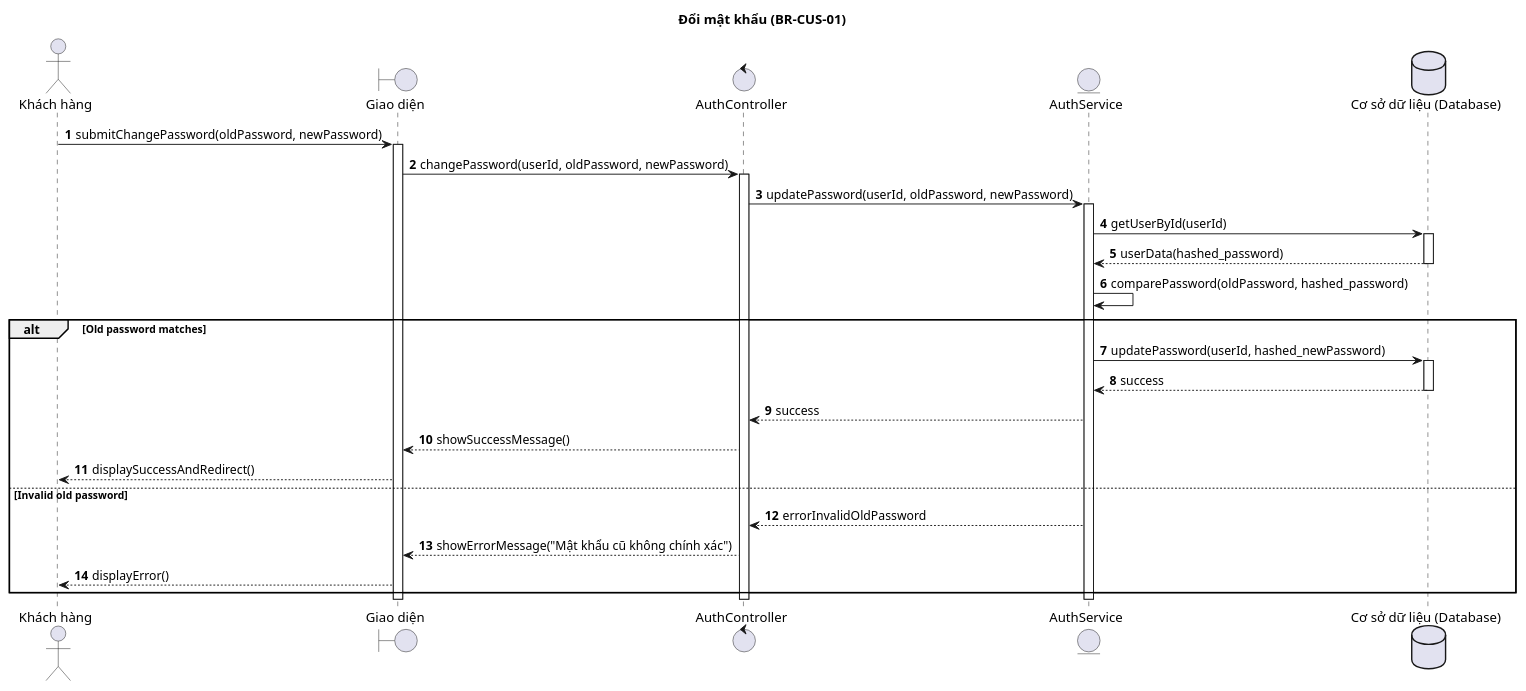
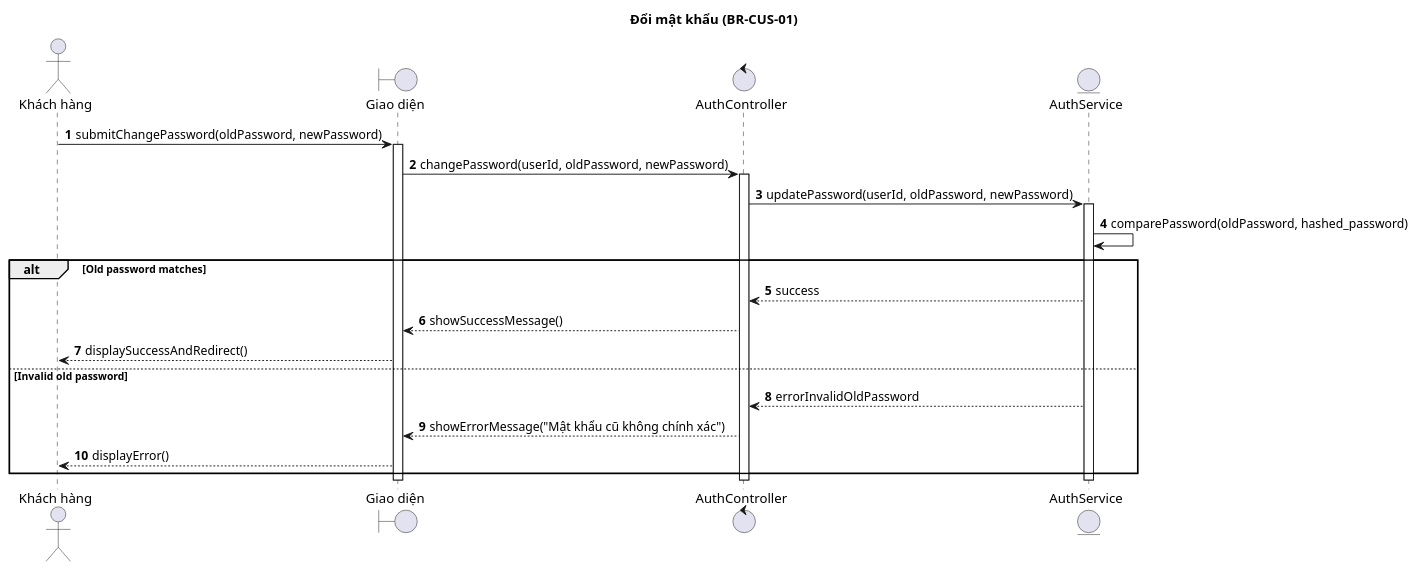
Before and after one commit to Ngo-The-Dat/e-voucher-system: the diagram in doc/sequence/KhachHang/Doi_mat_khau.wsd, drawn with PlantUML. The commit also changed 7 other files, not shown here.

Commit message:
docs: 📖 update customer sequence diagrams to remove internal DB interactions and match current implementation

```diff
--- a/doc/sequence/KhachHang/Doi_mat_khau.wsd
+++ b/doc/sequence/KhachHang/Doi_mat_khau.wsd
@@ -1,41 +1,32 @@
 @startuml
 title Đổi mật khẩu (BR-CUS-01)
 
 autonumber
 actor "Khách hàng" as KH
 boundary "Giao diện" as UI
 control "AuthController" as Controller
 entity "AuthService" as Service
-database "Cơ sở dữ liệu (Database)" as DB
 
 KH -> UI : submitChangePassword(oldPassword, newPassword)
 activate UI
 UI -> Controller : changePassword(userId, oldPassword, newPassword)
 activate Controller
 Controller -> Service : updatePassword(userId, oldPassword, newPassword)
 activate Service
 
-Service -> DB : getUserById(userId)
-activate DB
-DB --> Service : userData(hashed_password)
-deactivate DB
 
 Service -> Service : comparePassword(oldPassword, hashed_password)
 alt Old password matches
-    Service -> DB : updatePassword(userId, hashed_newPassword)
-    activate DB
-    DB --> Service : success
-    deactivate DB
     Service --> Controller : success
     Controller --> UI : showSuccessMessage()
     UI --> KH : displaySuccessAndRedirect()
 else Invalid old password
     Service --> Controller : errorInvalidOldPassword
     Controller --> UI : showErrorMessage("Mật khẩu cũ không chính xác")
     UI --> KH : displayError()
 end
 
 deactivate Service
 deactivate Controller
 deactivate UI
 @enduml
```
